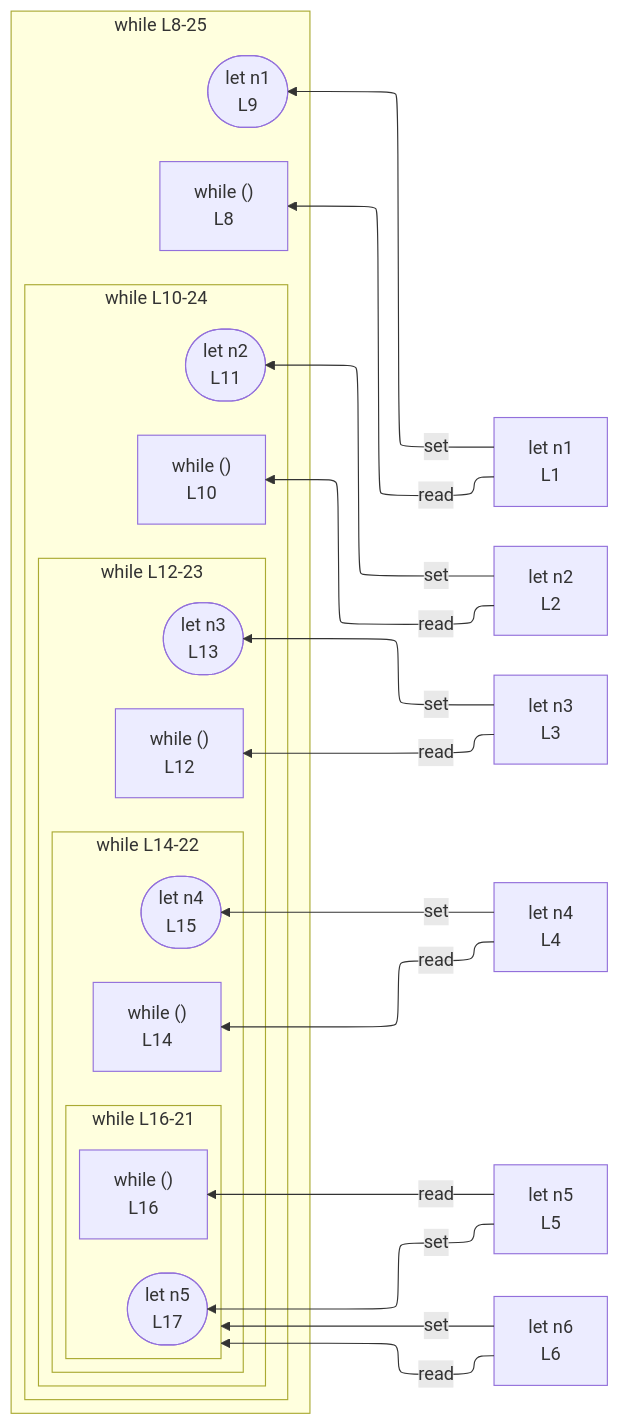
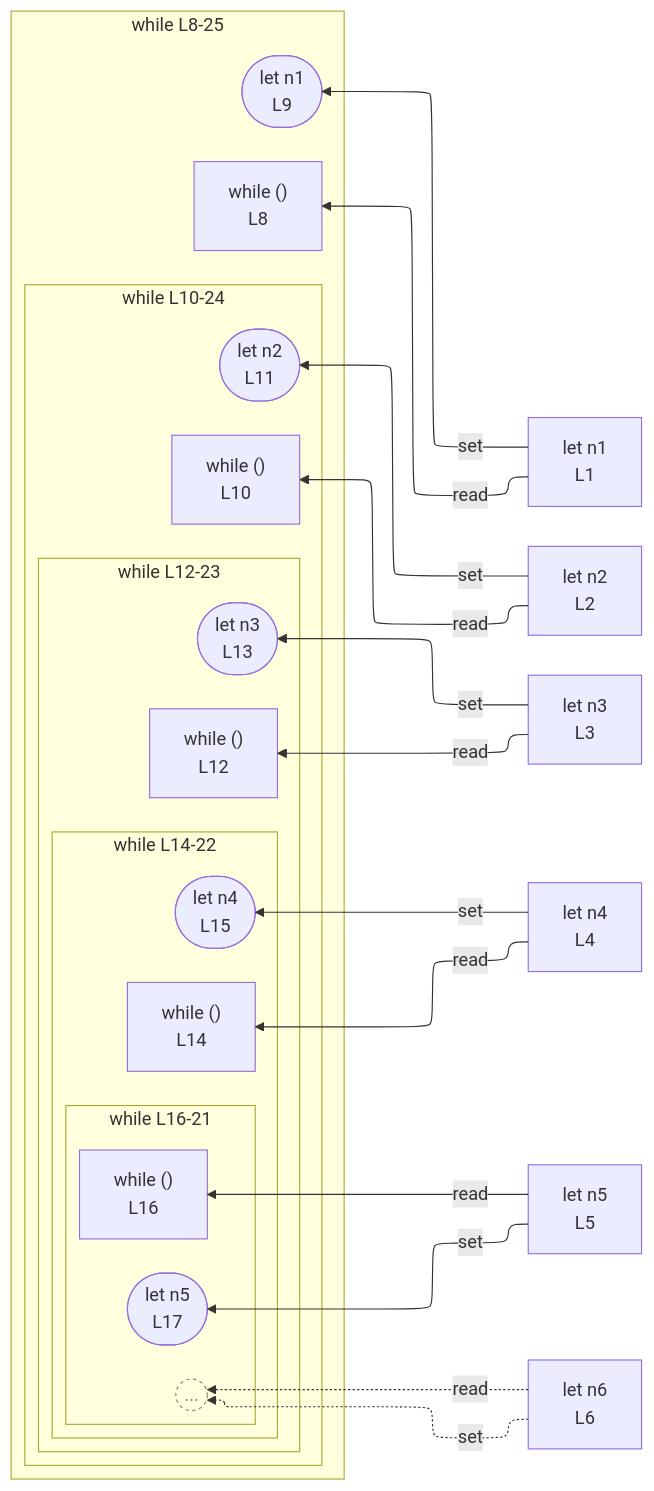
One commit to crescware/unsnarl changed the diagram in integration/fixtures/app-behavior/depth/while/depth-5/preview.md. Above: the diagram before and after it, drawn with Mermaid. The commit also changed 72 other files, not shown here.

First line of the commit message:
Render anonymous collapsed scopes as a BeyondDepth `((...))` stub

````diff
--- a/integration/fixtures/app-behavior/depth/while/depth-5/preview.md
+++ b/integration/fixtures/app-behavior/depth/while/depth-5/preview.md
@@ -35,47 +35,50 @@
 ```mermaid
 %%{init: {"flowchart": {"defaultRenderer": "elk"}}}%%
 flowchart RL
   n_scope_0_n1_4["let n1<br/>L1"]
   n_scope_0_n2_16["let n2<br/>L2"]
   n_scope_0_n3_28["let n3<br/>L3"]
   n_scope_0_n4_40["let n4<br/>L4"]
   n_scope_0_n5_52["let n5<br/>L5"]
   n_scope_0_n6_64["let n6<br/>L6"]
   subgraph s_scope_1["while L8-25"]
     direction RL
     while_test_scope_0_73["while ()<br/>L8"]
     wr_ref_7(["let n1<br/>L9"])
     subgraph s_scope_2["while L10-24"]
       direction RL
       while_test_scope_1_100["while ()<br/>L10"]
       wr_ref_9(["let n2<br/>L11"])
       subgraph s_scope_3["while L12-23"]
         direction RL
         while_test_scope_2_131["while ()<br/>L12"]
         wr_ref_11(["let n3<br/>L13"])
         subgraph s_scope_4["while L14-22"]
           direction RL
           while_test_scope_3_166["while ()<br/>L14"]
           wr_ref_13(["let n4<br/>L15"])
           subgraph s_scope_5["while L16-21"]
             direction RL
             while_test_scope_4_205["while ()<br/>L16"]
             wr_ref_15(["let n5<br/>L17"])
+            beyond_depth_s_scope_5((...))
           end
         end
       end
     end
   end
   n_scope_0_n1_4 -->|set| wr_ref_7
   n_scope_0_n2_16 -->|set| wr_ref_9
   n_scope_0_n3_28 -->|set| wr_ref_11
   n_scope_0_n4_40 -->|set| wr_ref_13
   n_scope_0_n5_52 -->|set| wr_ref_15
-  n_scope_0_n6_64 -->|set| s_scope_5
+  n_scope_0_n6_64 -.->|set| beyond_depth_s_scope_5
   n_scope_0_n1_4 -->|read| while_test_scope_0_73
   n_scope_0_n2_16 -->|read| while_test_scope_1_100
   n_scope_0_n3_28 -->|read| while_test_scope_2_131
   n_scope_0_n4_40 -->|read| while_test_scope_3_166
   n_scope_0_n5_52 -->|read| while_test_scope_4_205
-  n_scope_0_n6_64 -->|read| s_scope_5
+  n_scope_0_n6_64 -.->|read| beyond_depth_s_scope_5
+  classDef boundaryStub fill:transparent,stroke:#888,stroke-dasharray:3 3,color:#888;
+  class beyond_depth_s_scope_5 boundaryStub;
 ```
````
